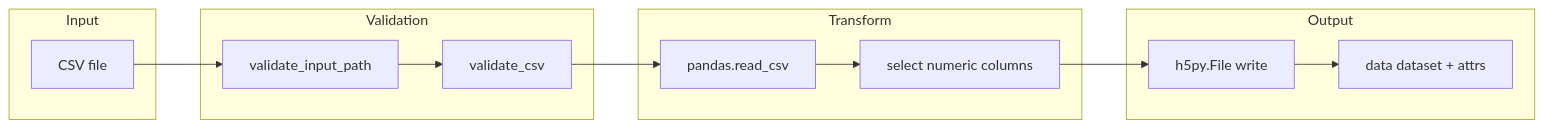
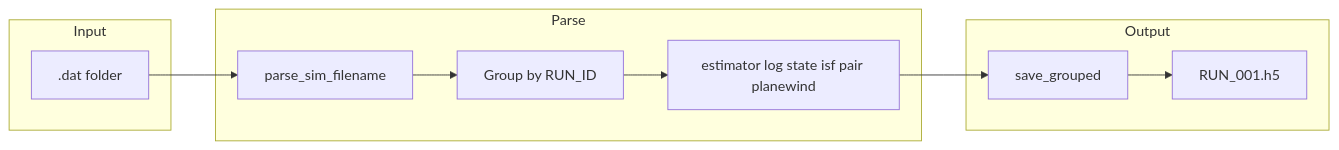
One commit to arnoldfolarin/hdf5-conversion-script changed the diagram in README.md. Above: the diagram before and after it, drawn with Mermaid. The commit also changed other lines of this file and 19 other files, not shown here.

````diff
--- a/README.md
+++ b/README.md
@@ -136,28 +158,23 @@
 ```mermaid
 flowchart LR
     subgraph input [Input]
-        CSV[CSV file]
+        DatFolder[.dat folder]
     end
 
-    subgraph validation [Validation]
-        PathCheck[validate_input_path]
-        SchemaCheck[validate_csv]
-    end
-
-    subgraph transform [Transform]
-        PandasRead[pandas.read_csv]
-        NumericSelect[select numeric columns]
+    subgraph parse [Parse]
+        Filename[parse_sim_filename]
+        GroupBy[Group by RUN_ID]
+        Types[estimator log state isf pair planewind]
     end
 
     subgraph output [Output]
-        H5Write[h5py.File write]
-        Dataset[data dataset + attrs]
+        H5Write[save_grouped]
+        H5File[RUN_001.h5]
     end
 
-    CSV --> PathCheck
-    PathCheck --> SchemaCheck
-    SchemaCheck --> PandasRead
-    PandasRead --> NumericSelect
-    NumericSelect --> H5Write
-    H5Write --> Dataset
+    DatFolder --> Filename
+    Filename --> GroupBy
+    GroupBy --> Types
+    Types --> H5Write
+    H5Write --> H5File
 ```
````
